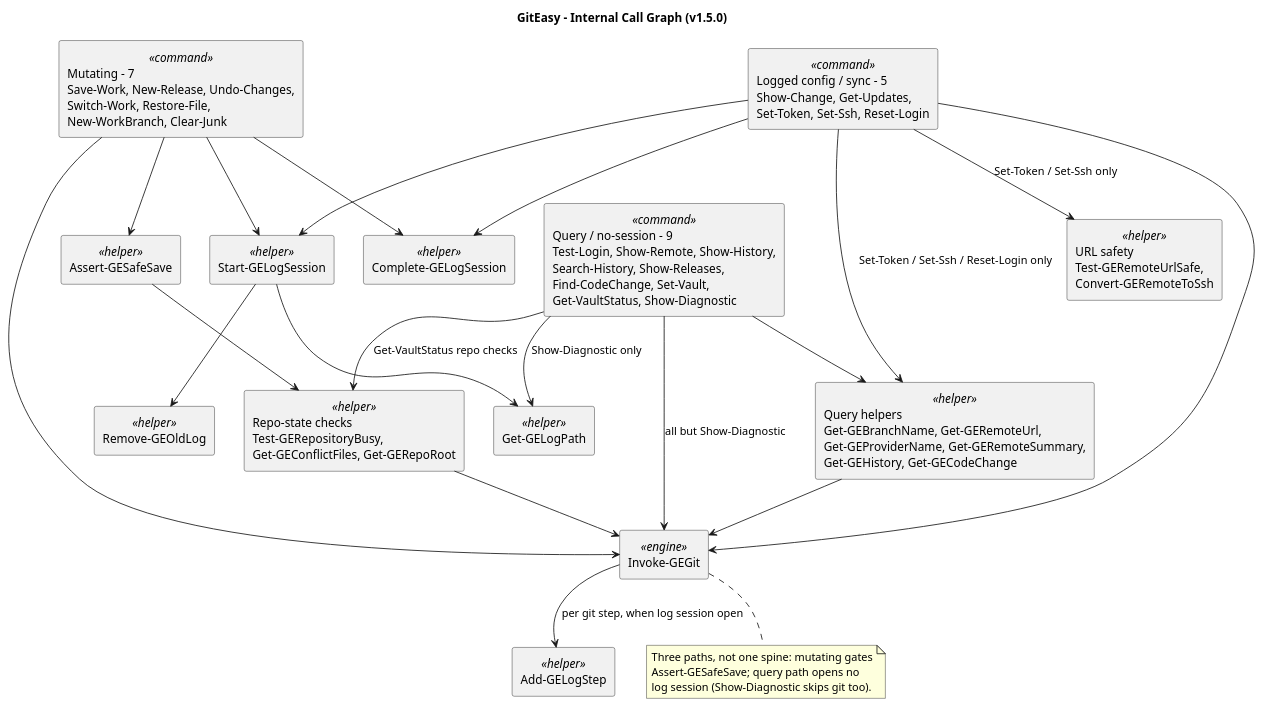
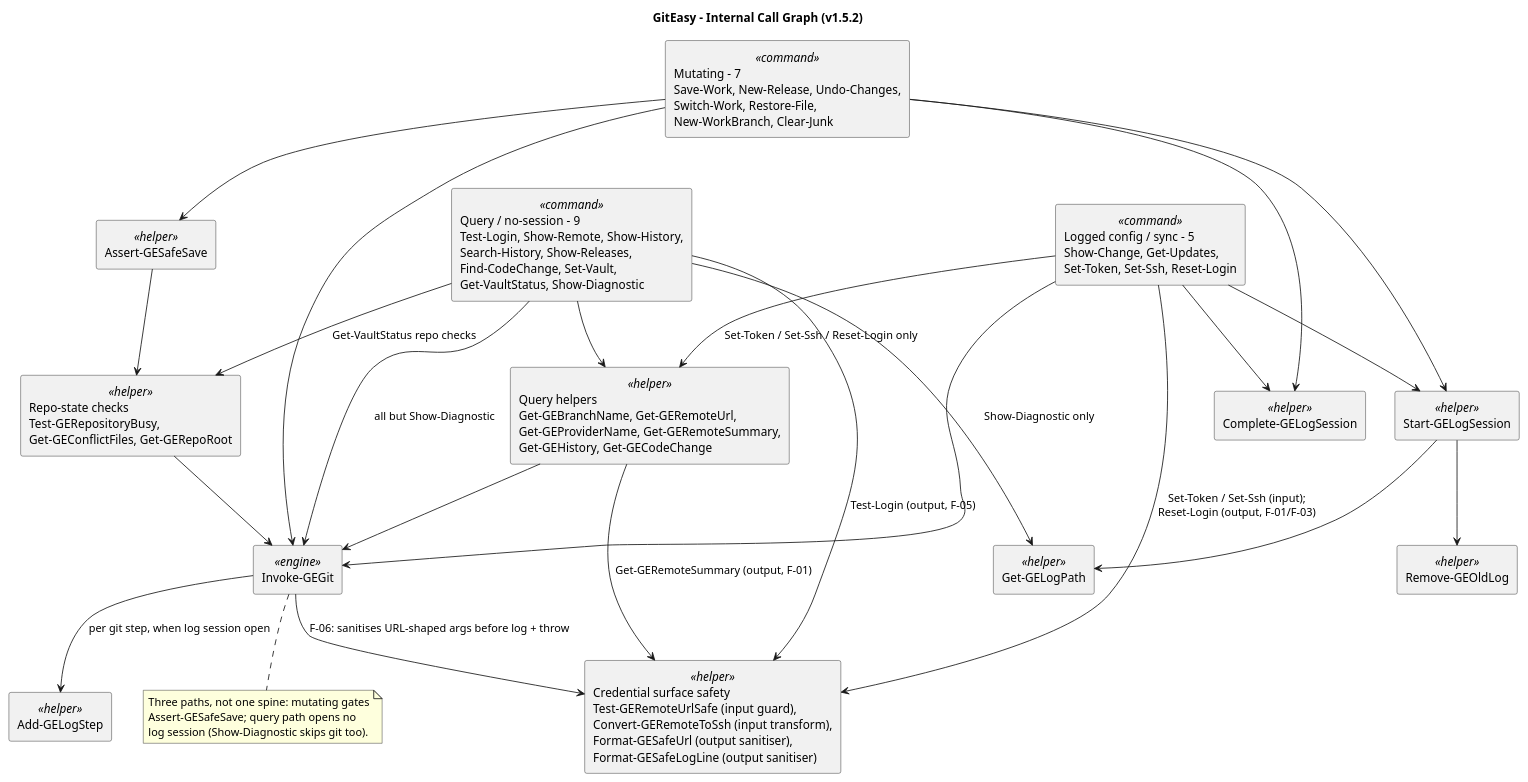
One commit to greenmtnsun/GitEasy changed the diagram in docs/UML/02-internal-call-graph.puml. Above: the diagram before and after it, drawn with PlantUML. The commit also changed 29 other files, not shown here.

Commit message:
GitEasy 1.5.2: sibling-sweep security hardening (F-04/F-05/F-06 credential-surface fixes) + correctness/jargon polish; 522 Pester 3 tests on PS 5.1 + PS 7

```diff
--- a/docs/UML/02-internal-call-graph.puml
+++ b/docs/UML/02-internal-call-graph.puml
@@ -1,49 +1,52 @@
 @startuml GitEasyInternalCallGraph
-title GitEasy - Internal Call Graph (v1.5.0)
+title GitEasy - Internal Call Graph (v1.5.2)
 skinparam componentStyle rectangle
 skinparam shadowing false
 
 component "Mutating - 7\nSave-Work, New-Release, Undo-Changes,\nSwitch-Work, Restore-File,\nNew-WorkBranch, Clear-Junk" <<command>> as Mut
 component "Logged config / sync - 5\nShow-Change, Get-Updates,\nSet-Token, Set-Ssh, Reset-Login" <<command>> as Cfg
 component "Query / no-session - 9\nTest-Login, Show-Remote, Show-History,\nSearch-History, Show-Releases,\nFind-CodeChange, Set-Vault,\nGet-VaultStatus, Show-Diagnostic" <<command>> as Qry
 
 component "Start-GELogSession" <<helper>> as StartLog
 component "Complete-GELogSession" <<helper>> as EndLog
 component "Add-GELogStep" <<helper>> as AddLog
 component "Get-GELogPath" <<helper>> as LogPath
 component "Remove-GEOldLog" <<helper>> as Prune
 component "Assert-GESafeSave" <<helper>> as Safe
 component "Repo-state checks\nTest-GERepositoryBusy,\nGet-GEConflictFiles, Get-GERepoRoot" <<helper>> as RepoChk
 component "Query helpers\nGet-GEBranchName, Get-GERemoteUrl,\nGet-GEProviderName, Get-GERemoteSummary,\nGet-GEHistory, Get-GECodeChange" <<helper>> as QHelp
-component "URL safety\nTest-GERemoteUrlSafe,\nConvert-GERemoteToSsh" <<helper>> as UrlSafe
+component "Credential surface safety\nTest-GERemoteUrlSafe (input guard),\nConvert-GERemoteToSsh (input transform),\nFormat-GESafeUrl (output sanitiser),\nFormat-GESafeLogLine (output sanitiser)" <<helper>> as UrlSafe
 component "Invoke-GEGit" <<engine>> as Engine
 
 Mut --> StartLog
 Mut --> Safe
 Mut --> Engine
 Mut --> EndLog
 Safe --> RepoChk
 RepoChk --> Engine
 
 Cfg --> StartLog
 Cfg --> Engine
 Cfg --> EndLog
-Cfg --> UrlSafe : Set-Token / Set-Ssh only
+Cfg --> UrlSafe : Set-Token / Set-Ssh (input);\nReset-Login (output, F-01/F-03)
 Cfg --> QHelp : Set-Token / Set-Ssh / Reset-Login only
 
 Qry --> QHelp
 Qry --> RepoChk : Get-VaultStatus repo checks
 Qry --> Engine : all but Show-Diagnostic
 Qry --> LogPath : Show-Diagnostic only
+Qry --> UrlSafe : Test-Login (output, F-05)
 
 StartLog --> LogPath
 StartLog --> Prune
 QHelp --> Engine
+QHelp --> UrlSafe : Get-GERemoteSummary (output, F-01)
 Engine --> AddLog : per git step, when log session open
+Engine --> UrlSafe : F-06: sanitises URL-shaped args before log + throw
 
 note bottom of Engine
   Three paths, not one spine: mutating gates
   Assert-GESafeSave; query path opens no
   log session (Show-Diagnostic skips git too).
 end note
 @enduml
```
